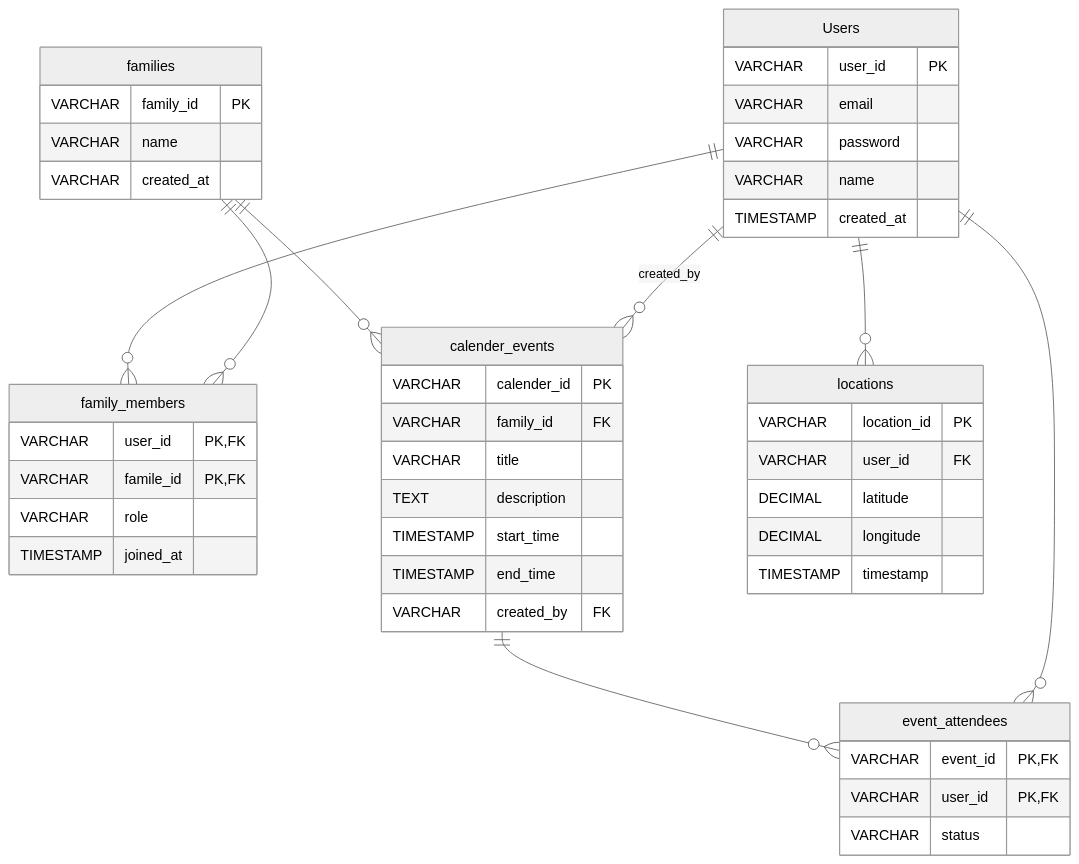
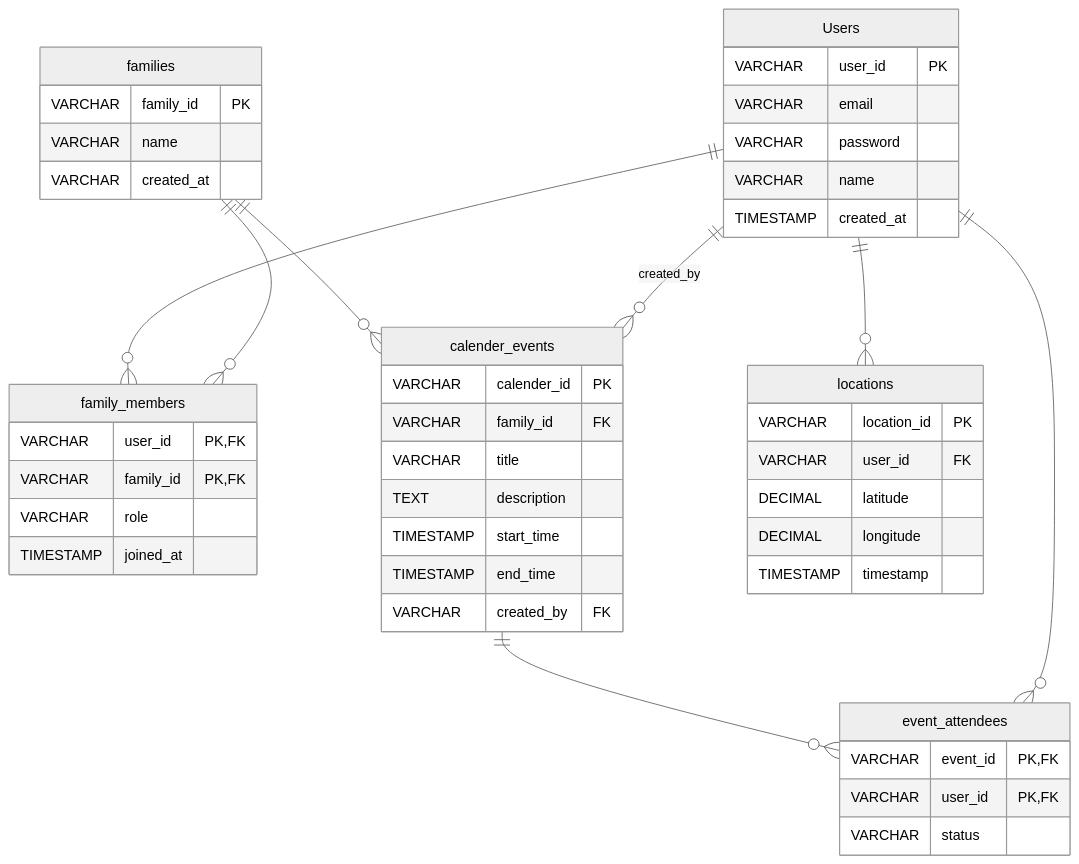
The diagram in ERD.md (NHL-P4-INF2-APD/family-stalking), drawn with Mermaid (neutral theme) before and after one commit.

````diff
--- a/ERD.md
+++ b/ERD.md
@@ -1,49 +1,49 @@
 ```mermaid
 erDiagram
     Users {
         VARCHAR user_id PK
         VARCHAR email
         VARCHAR password
         VARCHAR name
         TIMESTAMP created_at
     }
     family_members {
         VARCHAR user_id PK,FK
-        VARCHAR famile_id PK,FK
+        VARCHAR family_id PK,FK
         VARCHAR role
         TIMESTAMP joined_at
     }
     families {
         VARCHAR family_id PK
         VARCHAR name
         VARCHAR created_at
     }
     calender_events {
         VARCHAR calender_id PK
         VARCHAR family_id FK
         VARCHAR title
         TEXT description
         TIMESTAMP start_time
         TIMESTAMP end_time
         VARCHAR created_by FK
     }
     event_attendees {
         VARCHAR event_id PK,FK
         VARCHAR user_id PK,FK
         VARCHAR status
     }
     locations {
         VARCHAR location_id PK
         VARCHAR user_id FK
         DECIMAL latitude
         DECIMAL longitude
         TIMESTAMP timestamp
     }
     Users ||--o{ family_members : ""
     families ||--o{ family_members : ""
     families ||--o{ calender_events : ""
     calender_events ||--o{ event_attendees : ""
     Users ||--o{ event_attendees : ""
     Users ||--o{ locations : ""
     Users ||--o{ calender_events : created_by
 ```
````
